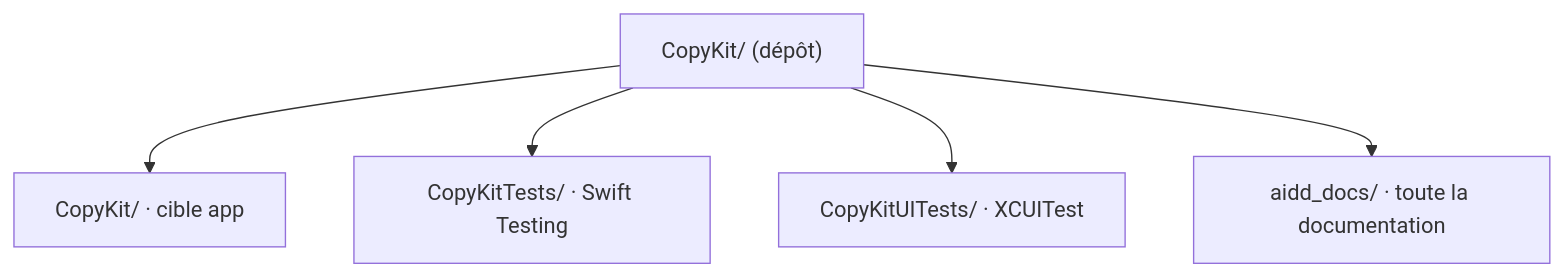
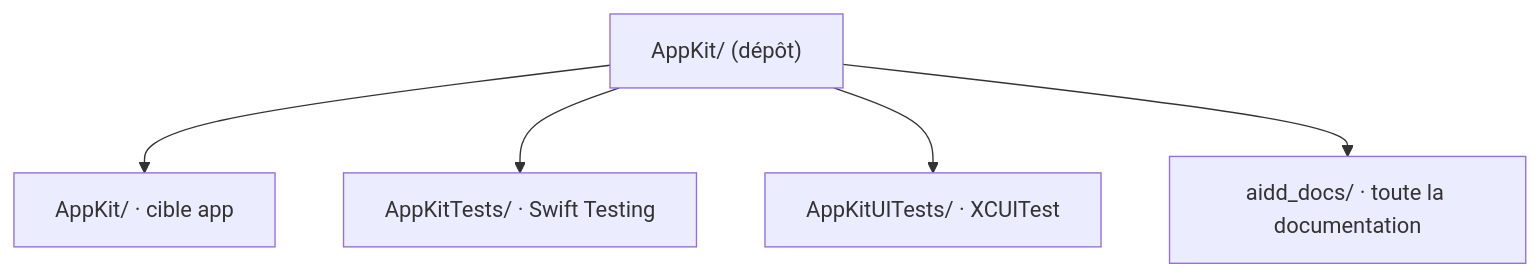
Before and after one commit to yanix2445/AppKit: the diagram in aidd_docs/memory/codebase-map.md, drawn with Mermaid. The commit also changed other lines of this file and 82 other files, not shown here.

First line of the commit message:
refactor: rename CopyKit to AppKit

````diff
--- a/aidd_docs/memory/codebase-map.md
+++ b/aidd_docs/memory/codebase-map.md
@@ -5,7 +5,7 @@
 ```mermaid
 flowchart TD
-  Root["CopyKit/ (dépôt)"] --> App["CopyKit/ · cible app"]
-  Root --> Tests["CopyKitTests/ · Swift Testing"]
-  Root --> UITests["CopyKitUITests/ · XCUITest"]
+  Root["AppKit/ (dépôt)"] --> App["AppKit/ · cible app"]
+  Root --> Tests["AppKitTests/ · Swift Testing"]
+  Root --> UITests["AppKitUITests/ · XCUITest"]
   Root --> Aidd["aidd_docs/ · toute la documentation"]
 ```
````
